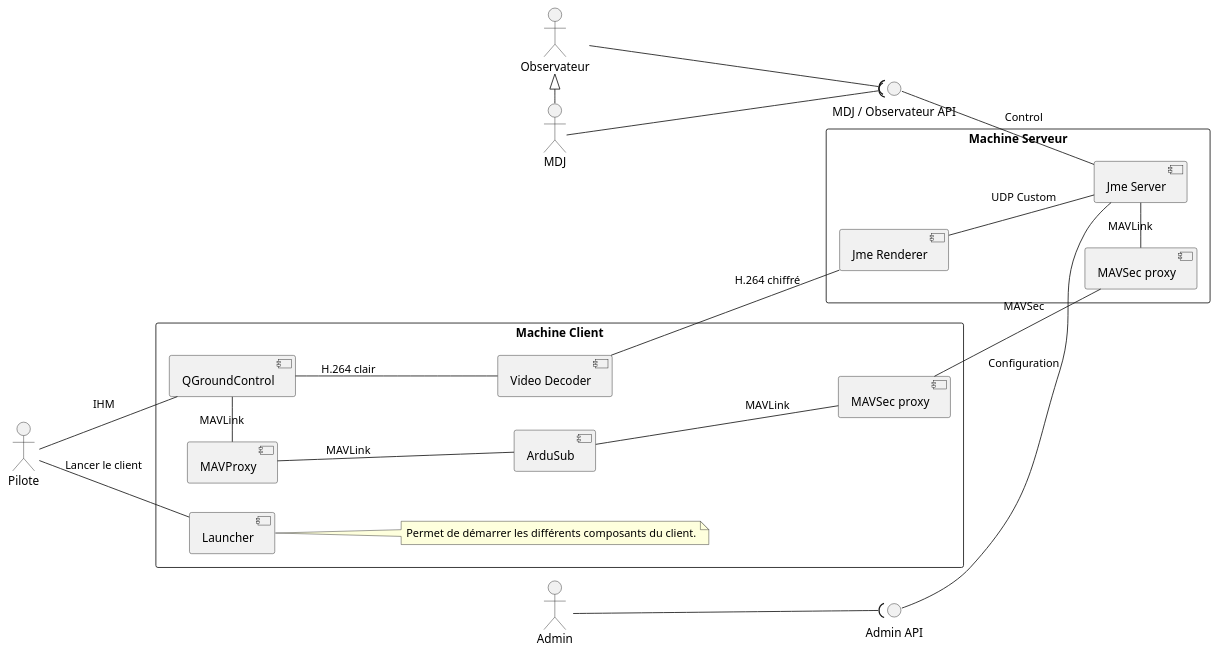
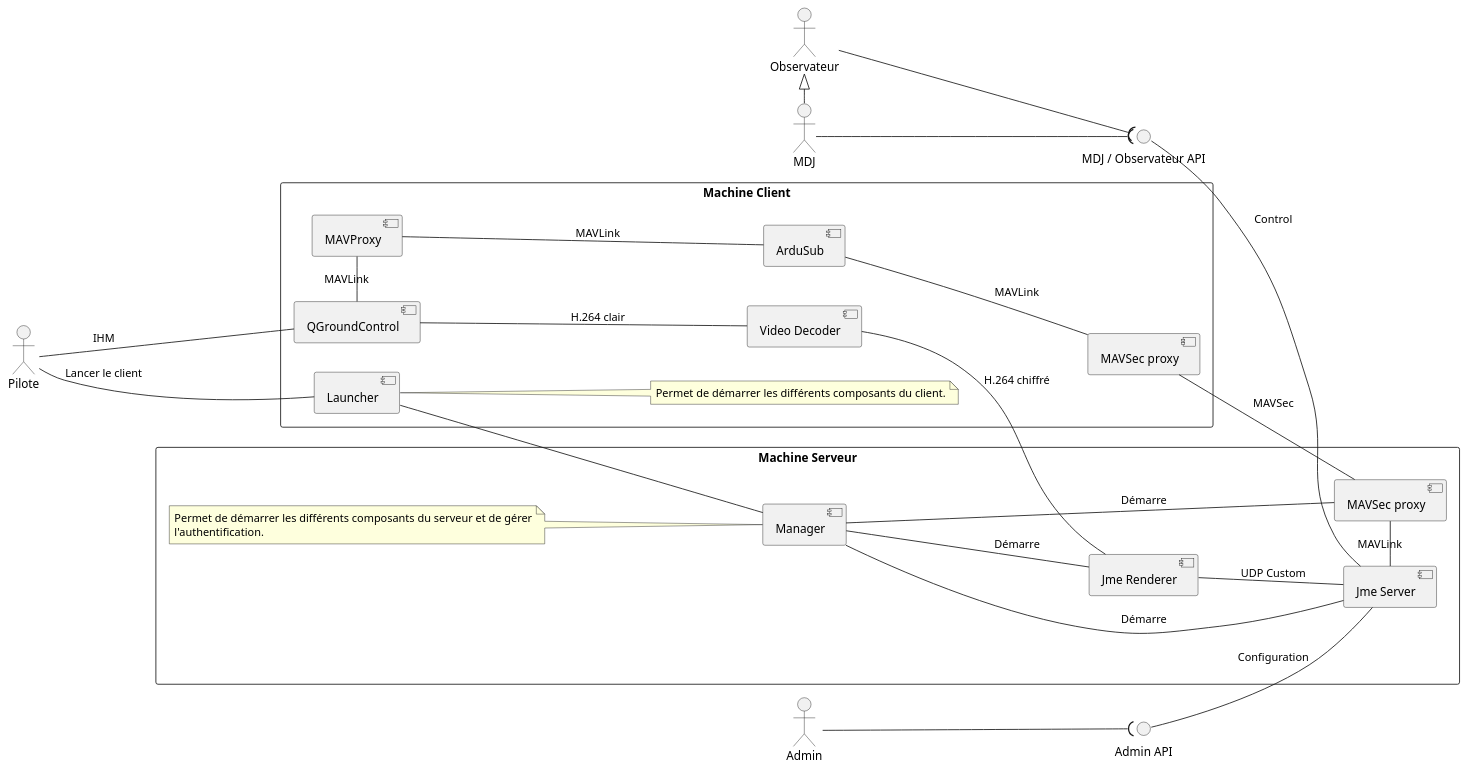
The diagram in doc/ardupilot_server_components.puml (tombartos/SAE-DRONE), drawn with PlantUML before and after one commit. The commit also changed 10 other files, not shown here.

```diff
--- a/doc/ardupilot_server_components.puml
+++ b/doc/ardupilot_server_components.puml
@@ -1,52 +1,63 @@
 @startuml
 
 left to right direction
 
 actor Admin
 actor Pilote
 actor Observateur
 actor MDJ
 
 MDJ -left-|> Observateur
 
 rectangle "Machine Client" {
     component Launcher
     component "Video Decoder" as VideoDecoder
     component QGroundControl
     component MAVProxy
     component ArduSub
     component "MAVSec proxy" as SecProxy1
 
     Pilote -- QGroundControl : IHM
     Pilote -- Launcher : Lancer le client
     note right of Launcher
         Permet de démarrer les différents composants du client.
     end note
     QGroundControl -left- MAVProxy : MAVLink
     MAVProxy -- ArduSub : MAVLink
     ArduSub -- SecProxy1 : MAVLink
 }
 
 interface "MDJ / Observateur API" as MDJAPI
 interface "Admin API" as AdminClient
 
 rectangle "Machine Serveur" {
     component "MAVSec proxy" as SecProxy2
     component "Video Decoder" as JmeRenderer
     component "Jme Renderer" as JmeRenderer
     component "Jme Server" as JmeServer
+    component "Manager" as Manager
 
     SecProxy2 -left- JmeServer : MAVLink
     JmeRenderer -- JmeServer : UDP Custom
     MDJAPI -- JmeServer : Control
     AdminClient -- JmeServer : Configuration
+    Manager -- JmeServer : Démarre
+    Manager -- JmeRenderer : Démarre
+    Manager -- SecProxy2 : Démarre
+    Launcher -- Manager
+
+
+    note left of Manager
+        Permet de démarrer les différents composants du serveur et de gérer
+        l'authentification.
+    end note
 }
 
 SecProxy1 -- SecProxy2 : MAVSec
 QGroundControl -- VideoDecoder : H.264 clair
 VideoDecoder -- JmeRenderer : H.264 chiffré
 Admin --( AdminClient
 Observateur --( MDJAPI
 MDJ --( MDJAPI
 
 @enduml
```
